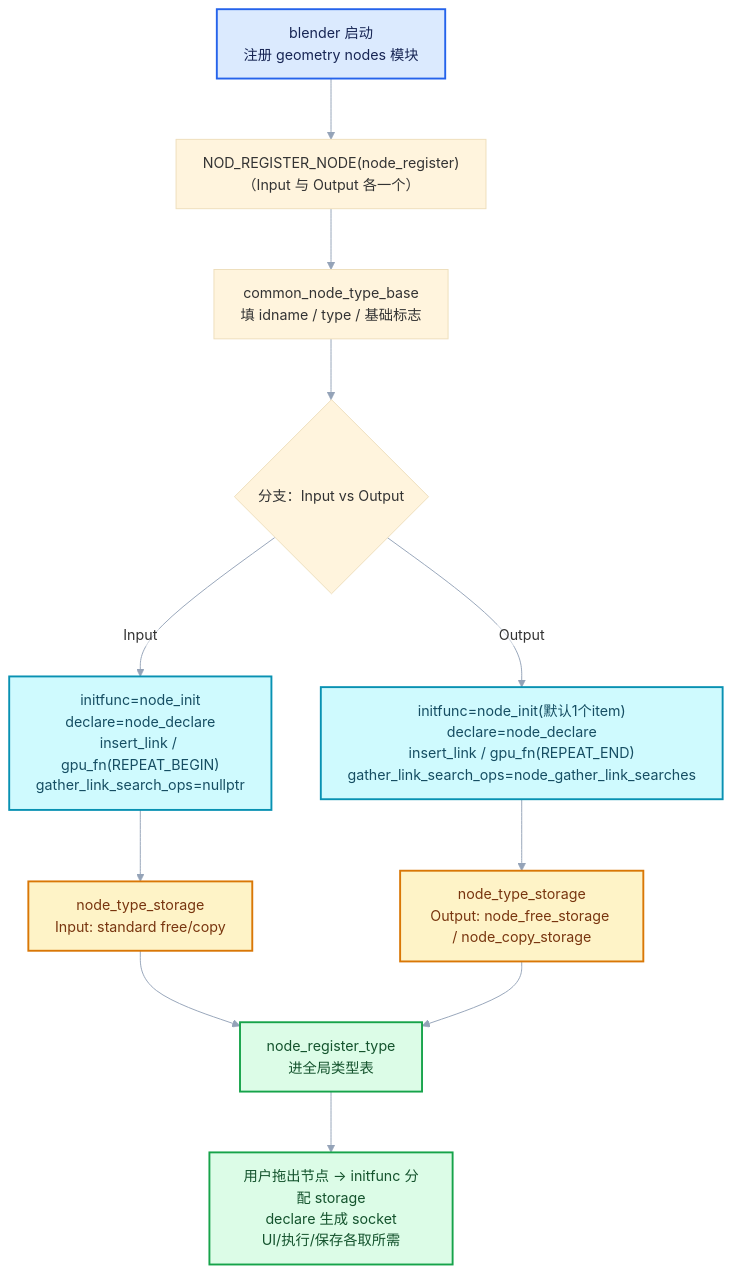
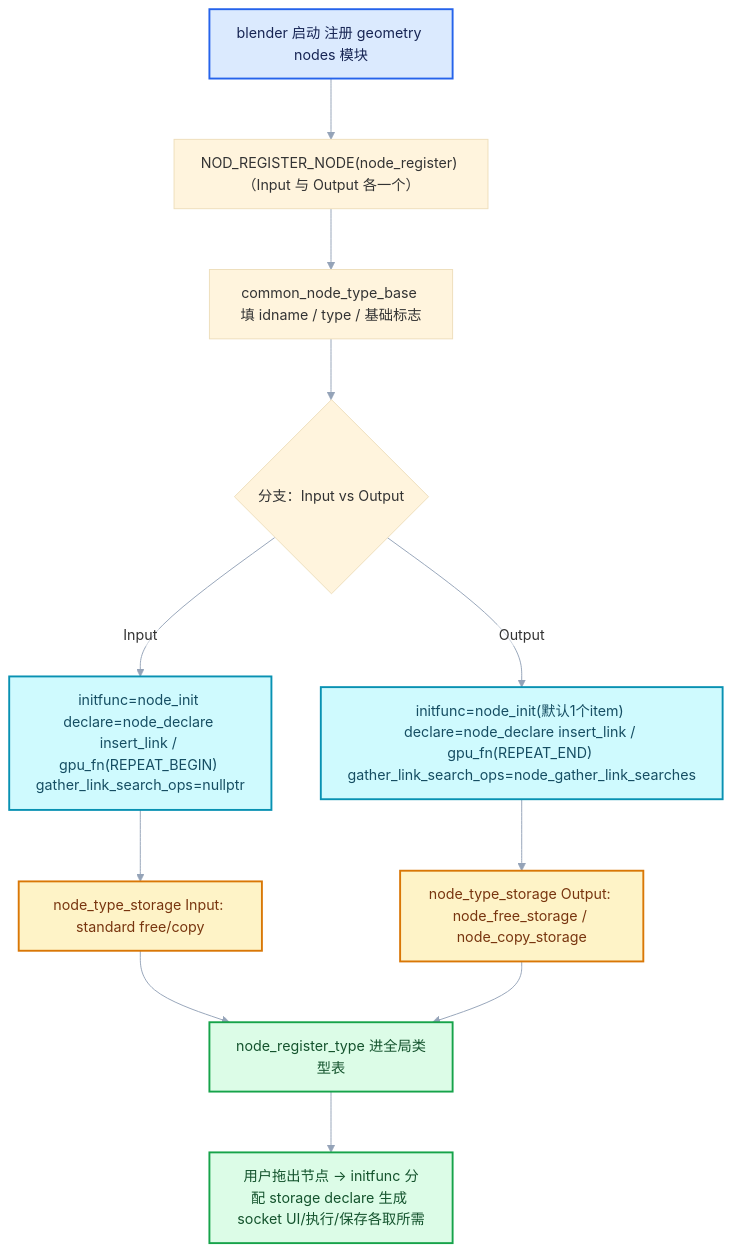
The third of 4 diagrams in 杂/markdown/重复区域-dsh/02-Repeat区域数据模型/01-Repeat节点注册与UI.md (yunkezengren/blender-.vscode), drawn with Mermaid before and after one commit. The commit also changed other lines of this file and 27 other files, not shown here.

````diff
--- a/杂/markdown/重复区域-dsh/02-Repeat区域数据模型/01-Repeat节点注册与UI.md
+++ b/杂/markdown/重复区域-dsh/02-Repeat区域数据模型/01-Repeat节点注册与UI.md
@@ -636,22 +622,22 @@
 ```mermaid
 %%{init: {"theme":"base","themeVariables":{"fontFamily":"\"Segoe UI\",\"Microsoft YaHei\",sans-serif","fontSize":"15px","lineColor":"#94A3B8","edgeLabelBackground":"#FFFFFF","clusterBkg":"#F8FAFC","clusterBorder":"#CBD5E1"},"flowchart":{"htmlLabels":false,"curve":"basis","nodeSpacing":52,"rankSpacing":64,"padding":14,"diagramPadding":16,"useMaxWidth":true},"sequence":{"useMaxWidth":true,"wrap":true,"mirrorActors":false,"messageMargin":36}}}%%
 flowchart TD
-    A["blender 启动<br/>注册 geometry nodes 模块"] --> B["NOD_REGISTER_NODE(node_register)<br/>（Input 与 Output 各一个）"]
-    B --> C["common_node_type_base<br/>填 idname / type / 基础标志"]
+    A["blender 启动 注册 geometry nodes 模块"] --> B["NOD_REGISTER_NODE(node_register) （Input 与 Output 各一个）"]
+    B --> C["common_node_type_base 填 idname / type / 基础标志"]
     C --> D{"分支：Input vs Output"}
-    D -->|Input| E1["initfunc=node_init<br/>declare=node_declare<br/>insert_link / gpu_fn(REPEAT_BEGIN)<br/>gather_link_search_ops=nullptr"]
-    D -->|Output| E2["initfunc=node_init(默认1个item)<br/>declare=node_declare<br/>insert_link / gpu_fn(REPEAT_END)<br/>gather_link_search_ops=node_gather_link_searches"]
-    E1 --> F["node_type_storage<br/>Input: standard free/copy"]
-    E2 --> F2["node_type_storage<br/>Output: node_free_storage / node_copy_storage"]
-    F --> G["node_register_type<br/>进全局类型表"]
+    D -->|Input| E1["initfunc=node_init declare=node_declare insert_link / gpu_fn(REPEAT_BEGIN) gather_link_search_ops=nullptr"]
+    D -->|Output| E2["initfunc=node_init(默认1个item) declare=node_declare insert_link / gpu_fn(REPEAT_END) gather_link_search_ops=node_gather_link_searches"]
+    E1 --> F["node_type_storage Input: standard free/copy"]
+    E2 --> F2["node_type_storage Output: node_free_storage / node_copy_storage"]
+    F --> G["node_register_type 进全局类型表"]
     F2 --> G
-    G --> H["用户拖出节点 → initfunc 分配 storage<br/>declare 生成 socket<br/>UI/执行/保存各取所需"]
+    G --> H["用户拖出节点 → initfunc 分配 storage declare 生成 socket UI/执行/保存各取所需"]
     classDef input fill:#DBEAFE,stroke:#2563EB,color:#172554,stroke-width:2px;
     classDef data fill:#CFFAFE,stroke:#0891B2,color:#164E63,stroke-width:2px;
     classDef compute fill:#FEF3C7,stroke:#D97706,color:#78350F,stroke-width:2px;
     classDef result fill:#DCFCE7,stroke:#16A34A,color:#14532D,stroke-width:2px;
     class A input;
     class E1,E2 data;
     class F,F2 compute;
     class G,H result;
 ```
````
